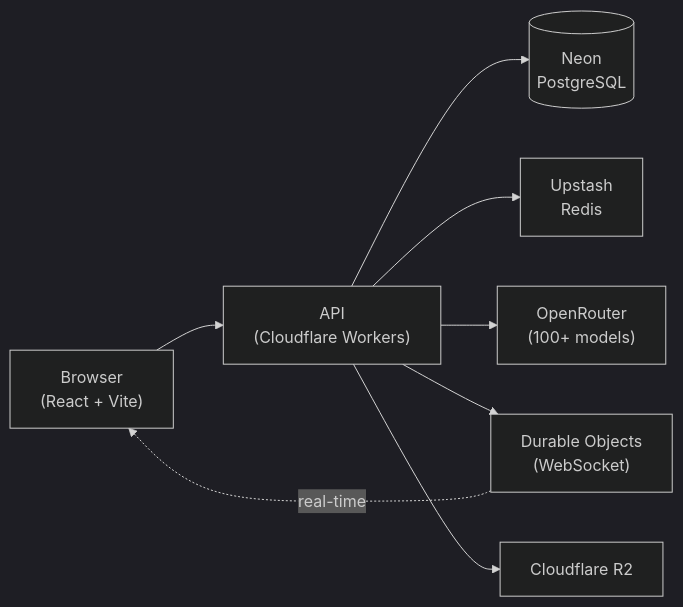
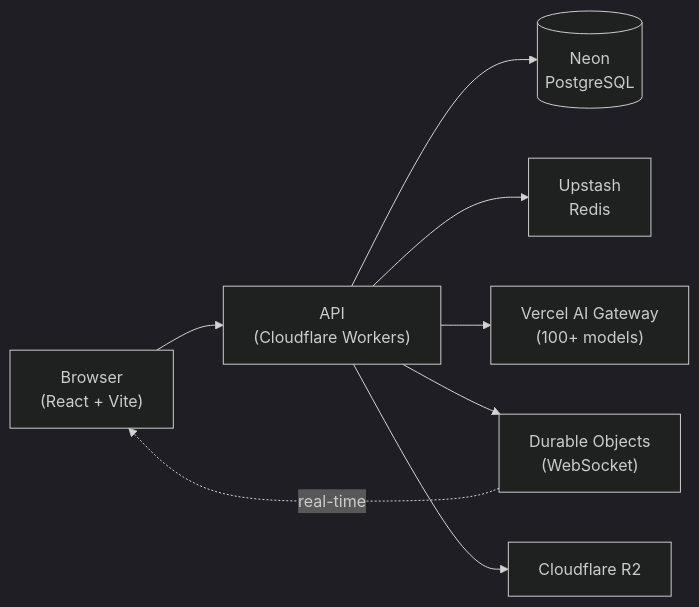
Before and after one commit to LOME-AI/LOME-CHAT: the diagram in README.md, drawn with Mermaid (dark theme). The commit also changed other lines of this file and 393 other files, not shown here.

````diff
--- a/README.md
+++ b/README.md
@@ -161,18 +161,18 @@
 ```mermaid
 flowchart LR
     Browser["Browser\n(React + Vite)"]
     API["API\n(Cloudflare Workers)"]
     DB[("Neon\nPostgreSQL")]
     Cache["Upstash\nRedis"]
-    AG["OpenRouter\n(100+ models)"]
+    AG["Vercel AI Gateway\n(100+ models)"]
     DO["Durable Objects\n(WebSocket)"]
     R2["Cloudflare R2"]
 
     Browser --> API
     API --> DB
     API --> Cache
     API --> AG
     API --> DO
     API --> R2
     DO -.->|real-time| Browser
 ```
````
